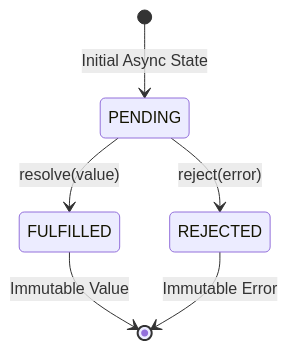
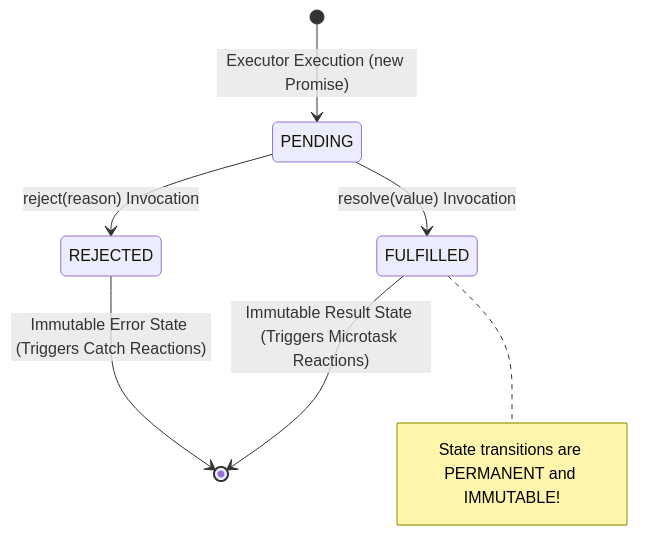
The first of 3 diagrams in js-notes/33-promises.md (Amie-dev/engineering-playbook), drawn with Mermaid before and after one commit. The commit also changed other lines of this file and 42 other files, not shown here.

````diff
--- a/js-notes/33-promises.md
+++ b/js-notes/33-promises.md
@@ -10,8 +18,12 @@
 ```mermaid
 stateDiagram-v2
-    [*] --> PENDING: Initial Async State
-    PENDING --> FULFILLED: resolve(value)
-    PENDING --> REJECTED: reject(error)
-    FULFILLED --> [*]: Immutable Value
-    REJECTED --> [*]: Immutable Error
+    [*] --> PENDING: Executor Execution (new Promise)
+    
+    PENDING --> FULFILLED: resolve(value) Invocation
+    PENDING --> REJECTED: reject(reason) Invocation
+    
+    FULFILLED --> [*]: Immutable Result State (Triggers Microtask Reactions)
+    REJECTED --> [*]: Immutable Error State (Triggers Catch Reactions)
+
+    note right of FULFILLED: State transitions are PERMANENT and IMMUTABLE!
 ```
````
